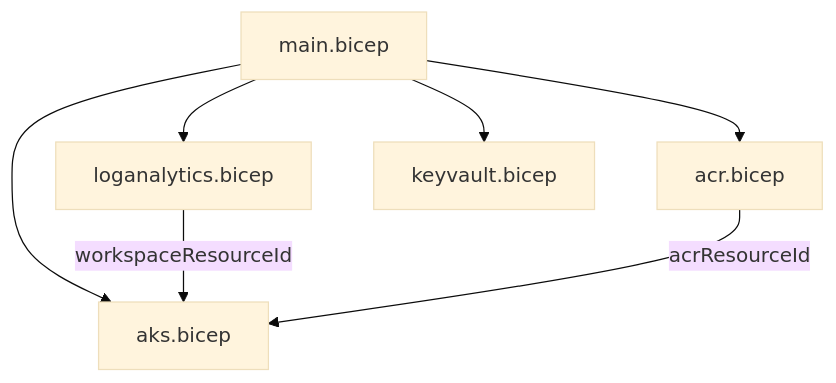
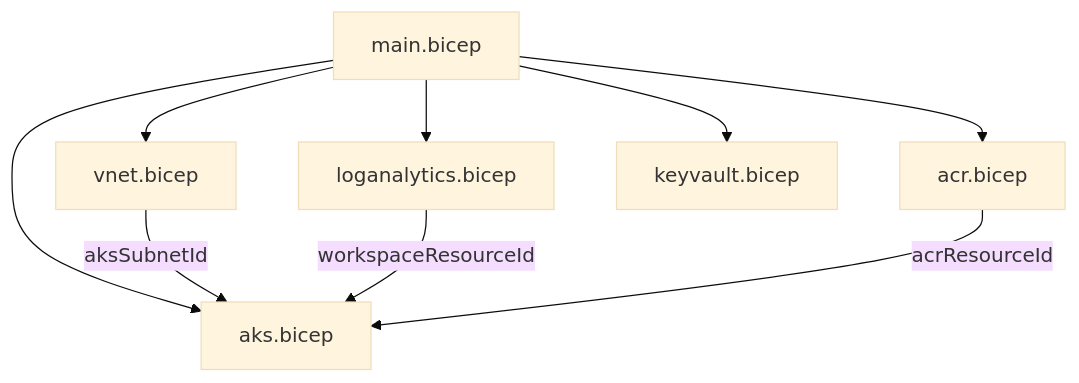
The third of 3 diagrams in docs/architecture.md (Harshithj88/aks-platform-bicep-github-actions), drawn with Mermaid (base theme) before and after one commit. The commit also changed other lines of this file and 3 other files, not shown here.

First line of the commit message:
Add VNet+NSG module and enhance AKS with autoscaler, availability zones, auto-upgrade

````diff
--- a/docs/architecture.md
+++ b/docs/architecture.md
@@ -115,10 +115,12 @@
 ```mermaid
 flowchart TD
-    Main[main.bicep] --> LAW[loganalytics.bicep]
+    Main[main.bicep] --> VNet[vnet.bicep]
+    Main --> LAW[loganalytics.bicep]
     Main --> ACR[acr.bicep]
     Main --> KV[keyvault.bicep]
     Main --> AKS[aks.bicep]
 
+    VNet -->|aksSubnetId| AKS
     LAW -->|workspaceResourceId| AKS
     ACR -->|acrResourceId| AKS
 ```
````
